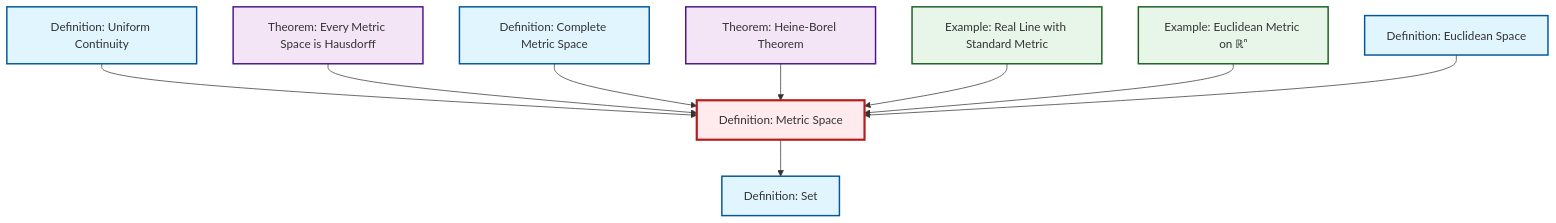
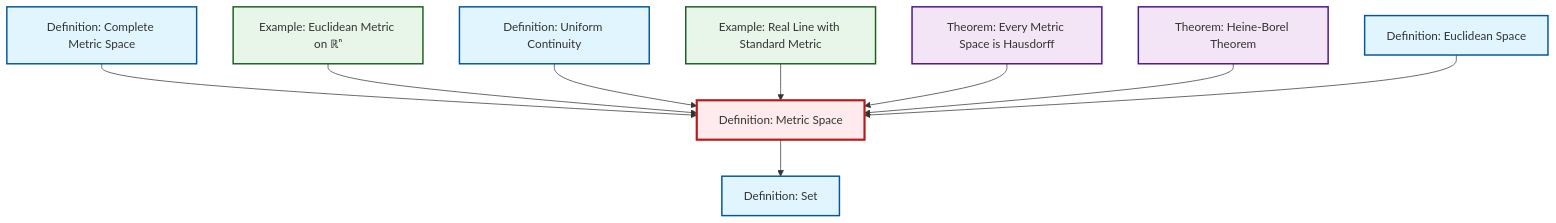
Before and after one commit to RK0429/ModernMath: the diagram in content/en/analysis/def-metric-space.qmd, drawn with Mermaid. The commit also changed other lines of this file and 491 other files, not shown here.

````diff
--- a/content/en/analysis/def-metric-space.qmd
+++ b/content/en/analysis/def-metric-space.qmd
@@ -50,35 +50,35 @@
 ```{mermaid}
 %%| fig-cap: "Local dependency graph"
 graph TD
     classDef definition fill:#e1f5fe,stroke:#01579b,stroke-width:2px
     classDef theorem fill:#f3e5f5,stroke:#4a148c,stroke-width:2px
     classDef axiom fill:#fff3e0,stroke:#e65100,stroke-width:2px
     classDef example fill:#e8f5e9,stroke:#1b5e20,stroke-width:2px
     classDef current fill:#ffebee,stroke:#b71c1c,stroke-width:3px
+    ex-real-line-metric["Example: Real Line with Standard Metric"]:::example
+    def-complete-metric-space["Definition: Complete Metric Space"]:::definition
+    thm-heine-borel["Theorem: Heine-Borel Theorem"]:::theorem
+    ex-euclidean-metric["Example: Euclidean Metric on ℝⁿ"]:::example
+    def-uniform-continuity["Definition: Uniform Continuity"]:::definition
+    def-euclidean-space["Definition: Euclidean Space"]:::definition
+    def-set["Definition: Set"]:::definition
     def-metric-space["Definition: Metric Space"]:::definition
-    def-set["Definition: Set"]:::definition
-    ex-real-line-metric["Example: Real Line with Standard Metric"]:::example
-    ex-euclidean-metric["Example: Euclidean Metric on ℝⁿ"]:::example
-    def-complete-metric-space["Definition: Complete Metric Space"]:::definition
-    def-euclidean-space["Definition: Euclidean Space"]:::definition
-    thm-heine-borel["Theorem: Heine-Borel Theorem"]:::theorem
     thm-metric-hausdorff["Theorem: Every Metric Space is Hausdorff"]:::theorem
-    def-uniform-continuity["Definition: Uniform Continuity"]:::definition
-    def-uniform-continuity --> def-metric-space
-    thm-metric-hausdorff --> def-metric-space
     def-complete-metric-space --> def-metric-space
-    thm-heine-borel --> def-metric-space
-    ex-real-line-metric --> def-metric-space
     def-metric-space --> def-set
     ex-euclidean-metric --> def-metric-space
+    def-uniform-continuity --> def-metric-space
+    ex-real-line-metric --> def-metric-space
+    thm-metric-hausdorff --> def-metric-space
+    thm-heine-borel --> def-metric-space
     def-euclidean-space --> def-metric-space
     class def-metric-space current
+    click ex-real-line-metric "ex-real-line-metric.html" "Go to Real Line with Standard Metric example"
+    click def-complete-metric-space "def-complete-metric-space.html" "Go to Complete Metric Space definition"
+    click thm-heine-borel "thm-heine-borel.html" "Go to Heine-Borel Theorem theorem"
+    click ex-euclidean-metric "ex-euclidean-metric.html" "Go to Euclidean Metric on ℝⁿ example"
+    click def-uniform-continuity "def-uniform-continuity.html" "Go to Uniform Continuity definition"
+    click def-euclidean-space "def-euclidean-space.html" "Go to Euclidean Space definition"
     click def-set "def-set.html" "Go to Set definition"
-    click ex-real-line-metric "ex-real-line-metric.html" "Go to Real Line with Standard Metric example"
-    click ex-euclidean-metric "ex-euclidean-metric.html" "Go to Euclidean Metric on ℝⁿ example"
-    click def-complete-metric-space "def-complete-metric-space.html" "Go to Complete Metric Space definition"
-    click def-euclidean-space "def-euclidean-space.html" "Go to Euclidean Space definition"
-    click thm-heine-borel "thm-heine-borel.html" "Go to Heine-Borel Theorem theorem"
     click thm-metric-hausdorff "thm-metric-hausdorff.html" "Go to Every Metric Space is Hausdorff theorem"
-    click def-uniform-continuity "def-uniform-continuity.html" "Go to Uniform Continuity definition"
 ```
````
